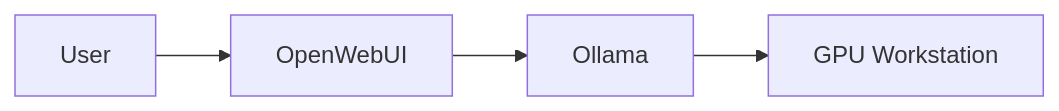
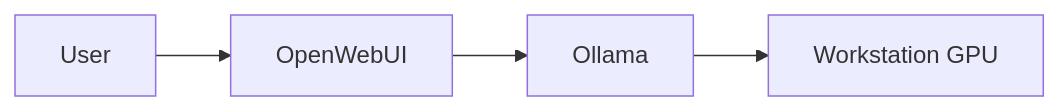
Before and after one commit to KamalChafik/homelab-2.0: the second of 7 diagrams in README.md, drawn with Mermaid. The commit also changed other lines of this file, not shown here.

````diff
--- a/README.md
+++ b/README.md
@@ -90,6 +91,6 @@
 ```mermaid
 flowchart LR
-    User[User] --> OpenWebUI
+    User --> OpenWebUI
     OpenWebUI --> Ollama
-    Ollama --> GPU[GPU Workstation]
+    Ollama --> GPU[Workstation GPU]
 ```
````
